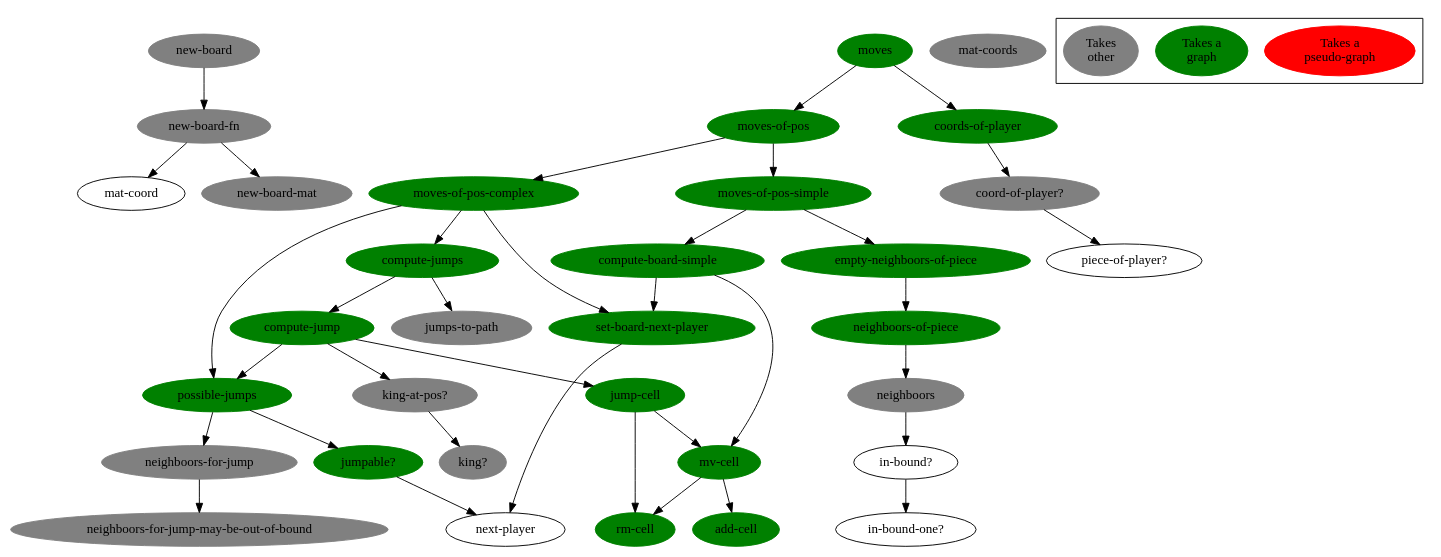
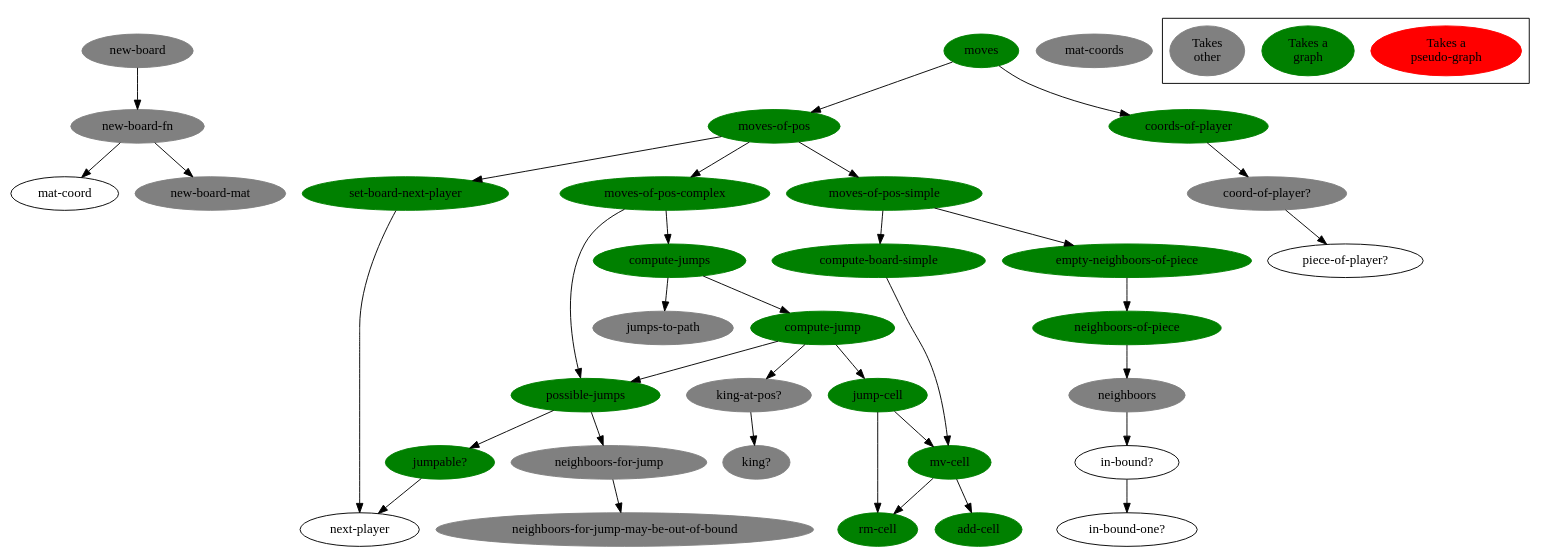
The diagram in doc/function-graph-detailled.dot (denlab/clojure-plays-checkers), drawn with Graphviz before and after one commit. The commit also changed 1 other file, not shown here.

Commit message:
refacto: branched moves-of-pos on set-board-next-player, and removed it from the other functions

```diff
--- a/doc/function-graph-detailled.dot
+++ b/doc/function-graph-detailled.dot
@@ -1,117 +1,116 @@
 digraph funtions {
 
 /******************************************************************************
  *                         edges                                              *         
  ******************************************************************************/
 
         "new-board-fn" -> "mat-coord";
         "new-board-fn" -> "new-board-mat";
         
         "new-board" -> "new-board-fn";
 
         "in-bound?" -> "in-bound-one?";
 
         "neighboors" -> "in-bound?";
 
         "neighboors-of-piece" -> "neighboors";
 
         "empty-neighboors-of-piece" -> "neighboors-of-piece";
 
         "mv-cell" -> "rm-cell";
         "mv-cell" -> "add-cell";
 
         "compute-board-simple" -> "mv-cell";
-        "compute-board-simple" -> "set-board-next-player";
 
         "moves-of-pos-simple" -> "compute-board-simple";
         "moves-of-pos-simple" ->  "empty-neighboors-of-piece";
         
         "neighboors-for-jump" -> "neighboors-for-jump-may-be-out-of-bound";
 
         "jumpable?" -> "next-player";
 
         "possible-jumps" -> "jumpable?";
         "possible-jumps" -> "neighboors-for-jump";
 
         "jump-cell" -> "rm-cell";
         "jump-cell" -> "mv-cell";
 
         "king-at-pos?" -> "king?";
 
         "compute-jump" -> "jump-cell";
         "compute-jump" -> "possible-jumps";
         "compute-jump" -> "king-at-pos?";
 
         "compute-jumps" -> "compute-jump";
         "compute-jumps" -> "jumps-to-path";
 
         "moves-of-pos-complex" -> "compute-jumps";
         "moves-of-pos-complex" -> "possible-jumps";
-        "moves-of-pos-complex" -> "set-board-next-player";
         
         "set-board-next-player" -> "next-player";
 
         "moves-of-pos" -> "moves-of-pos-simple";
         "moves-of-pos" -> "moves-of-pos-complex";
+        "moves-of-pos" -> "set-board-next-player";
 
         "coord-of-player?" -> "piece-of-player?";
 
         "coords-of-player" -> "coord-of-player?";
 
         "moves" -> "moves-of-pos";
         "moves" -> "coords-of-player";
 
 /******************************************************************************
  *                         nodes                                              *         
  ******************************************************************************/
 
         "moves"[bgcolor=green color=green style=filled];
         "coords-of-player"[bgcolor=green color=green style=filled];
         "moves-of-pos"[bgcolor=green color=green style=filled];
         "moves-of-pos-complex"[bgcolor=green color=green style=filled];
         "moves-of-pos-simple"[bgcolor=green color=green style=filled];
         "compute-board-simple"[bgcolor=green color=green style=filled];
         "mv-cell"[bgcolor=green color=green style=filled];
         "add-cell"[bgcolor=green color=green style=filled];
         "rm-cell"[bgcolor=green color=green style=filled];
         "empty-neighboors-of-piece"[bgcolor=green color=green style=filled];
         "neighboors-of-piece"[bgcolor=green color=green style=filled];
 
         "compute-jump"[bgcolor=green color=green style=filled];
 
         "jump-cell"[bgcolor=green color=green style=filled];
         "possible-jumps"[bgcolor=green color=green style=filled];
         "jumpable?"[bgcolor=green color=green style=filled];
 
         "coord-of-player?"[bgcolor=grey color=grey style=filled];
         "jumps-to-path"[bgcolor=grey color=grey style=filled];
         "king-at-pos?"[bgcolor=grey color=grey style=filled];
         "king?"[bgcolor=grey color=grey style=filled];
         "neighboors-for-jump"[bgcolor=grey color=grey style=filled];
         "neighboors-for-jump-may-be-out-of-bound"[bgcolor=grey color=grey style=filled];
         "neighboors"[bgcolor=grey color=grey style=filled];
         "new-board"[bgcolor=grey color=grey style=filled];
         "new-board-fn"[bgcolor=grey color=grey style=filled];
         "new-board-mat"[bgcolor=grey color=grey style=filled];
         "mat-coords"[bgcolor=grey color=grey style=filled];
 
         "set-board-next-player"[bgcolor=green color=green style=filled];
 
         "compute-jumps"[bgcolor=green color=green style=filled];
 
 /******************************************************************************
  *                         legend                                             *         
  ******************************************************************************/
 
         "Takes a\npseudo-graph"[bgcolor=red color=red style=filled];
         "Takes a\ngraph"[bgcolor=green color=green style=filled];
 //        "Takes\nother"[bgcolor="#94003f" color="#94003f" style=filled];
         "Takes\nother"[bgcolor=grey color=grey style=filled];
 
         subgraph "cluster-legend" {
                 "Takes a\npseudo-graph";
                 "Takes a\ngraph";
                 "Takes\nother";
         }
 
 }
```
